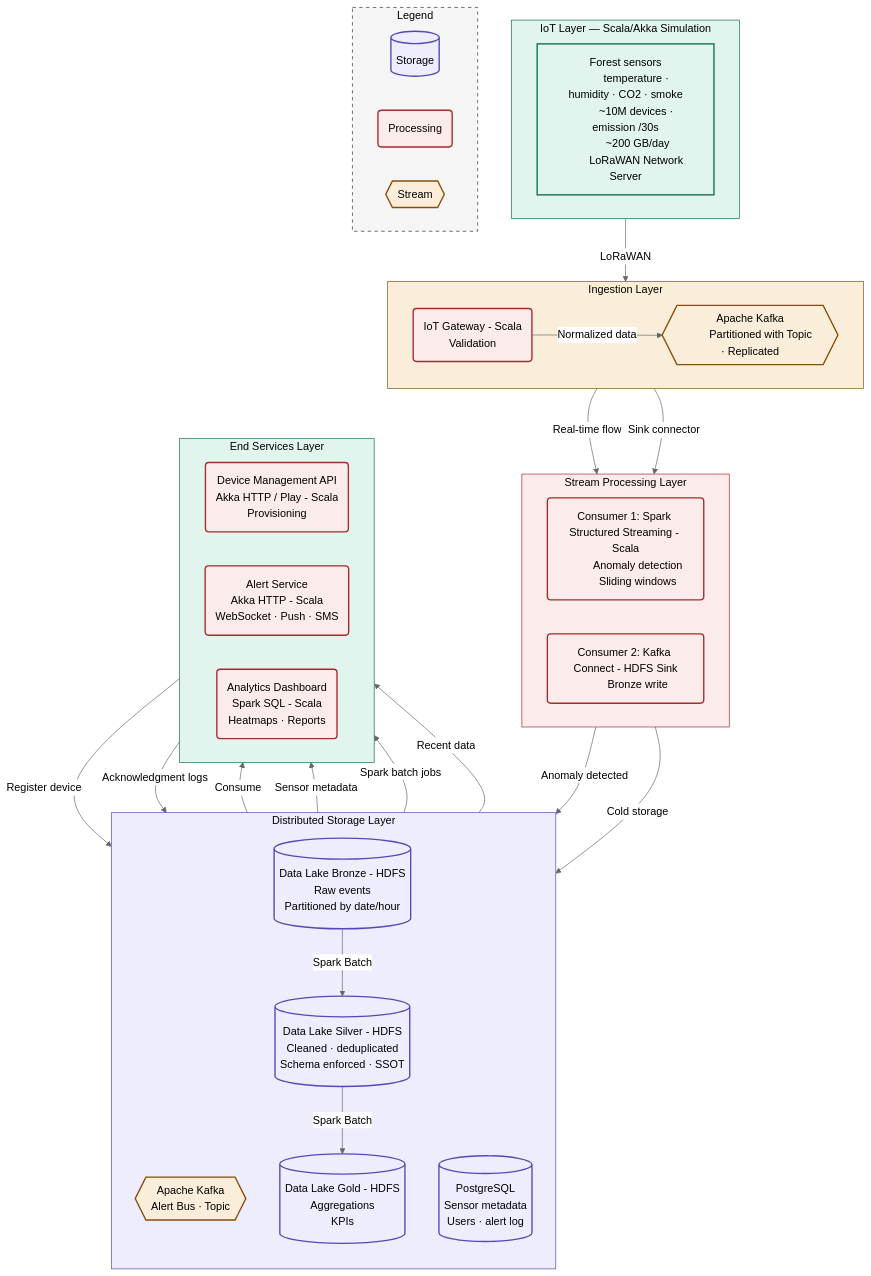
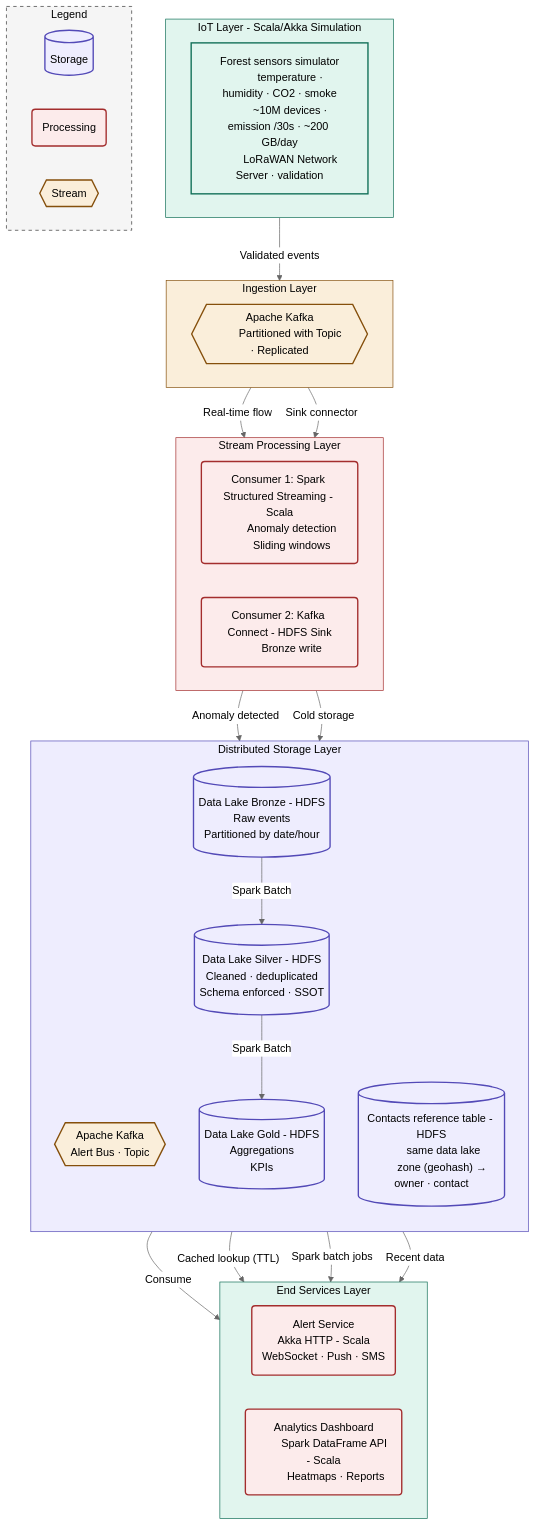
The diagram in README.md (Pauwit/introduction-au-data-engineering), drawn with Mermaid (neutral theme) before and after one commit. The commit also changed other lines of this file, not shown here.

Commit message:
docs(README): shrinks architecture to 5 components and some fixes

````diff
--- a/README.md
+++ b/README.md
@@ -78,17 +78,14 @@
 ```mermaid
 flowchart TB
- subgraph IOT["IoT Layer — Scala/Akka Simulation"]
+ subgraph IOT["IoT Layer - Scala/Akka Simulation"]
     direction LR
-        GEN["Forest sensors
+        GEN["Forest sensors simulator
         temperature · humidity · CO2 · smoke
-        ~10M devices · emission /30s
-        ~200 GB/day
-        LoRaWAN Network Server"]:::source
+        ~10M devices · emission /30s · ~200 GB/day
+        LoRaWAN Network Server · validation"]:::source
  end
  subgraph INGESTION["Ingestion Layer"]
     direction LR
-        GW("IoT Gateway - Scala
-        Validation"):::process
         KAFKA{{"Apache Kafka
         Partitioned with Topic · Replicated"}}:::stream
   end
@@ -113,22 +110,19 @@
         GOLD[("Data Lake Gold - HDFS
         Aggregations
         KPIs")]:::storage
-        PG[("PostgreSQL
-        Sensor metadata
-        Users · alert log")]:::storage
+        CONTACTS[("Contacts reference table - HDFS
+        same data lake
+        zone (geohash) → owner · contact")]:::storage
         BRONZE -- Spark Batch --> SILVER
         SILVER -- Spark Batch --> GOLD
   end
  subgraph SERVICES["End Services Layer"]
     direction LR
-        PROV("Device Management API
-        Akka HTTP / Play - Scala
-        Provisioning"):::process
         ALERT("Alert Service
         Akka HTTP - Scala
         WebSocket · Push · SMS"):::process
         ANALYTICS("Analytics Dashboard
-        Spark SQL - Scala
+        Spark DataFrame API - Scala
         Heatmaps · Reports"):::process
   end
  subgraph LEGEND["Legend"]
@@ -139,11 +133,7 @@
   end
     
     %% Flux IoT
-    GEN -- LoRaWAN --> GW
-    GW -- Normalized data --> KAFKA
-    
-    %% Flux Provisioning (Nouveau composant)
-    PROV -- Register device --> PG
+    GEN -- Validated events --> KAFKA
     
     %% Flux Processing
     KAFKA -- Real-time flow --> C1K
@@ -151,12 +141,11 @@
     C1K -- Anomaly detected --> KAFKA_ALERT
     C2K -- Cold storage --> BRONZE
     
-    %% Flux Services & DB
+    %% Flux Services
     KAFKA_ALERT -- Consume --> ALERT
-    PG -- Sensor metadata --> ALERT
-    ALERT -- Acknowledgment logs --> PG
+    CONTACTS -- "Cached lookup (TTL)" --> ALERT
     
-    %% Flux Analytics (Découplé de PG)
+    %% Flux Analytics
     GOLD -- Spark batch jobs --> ANALYTICS
     SILVER -- Recent data --> ANALYTICS
 
````
